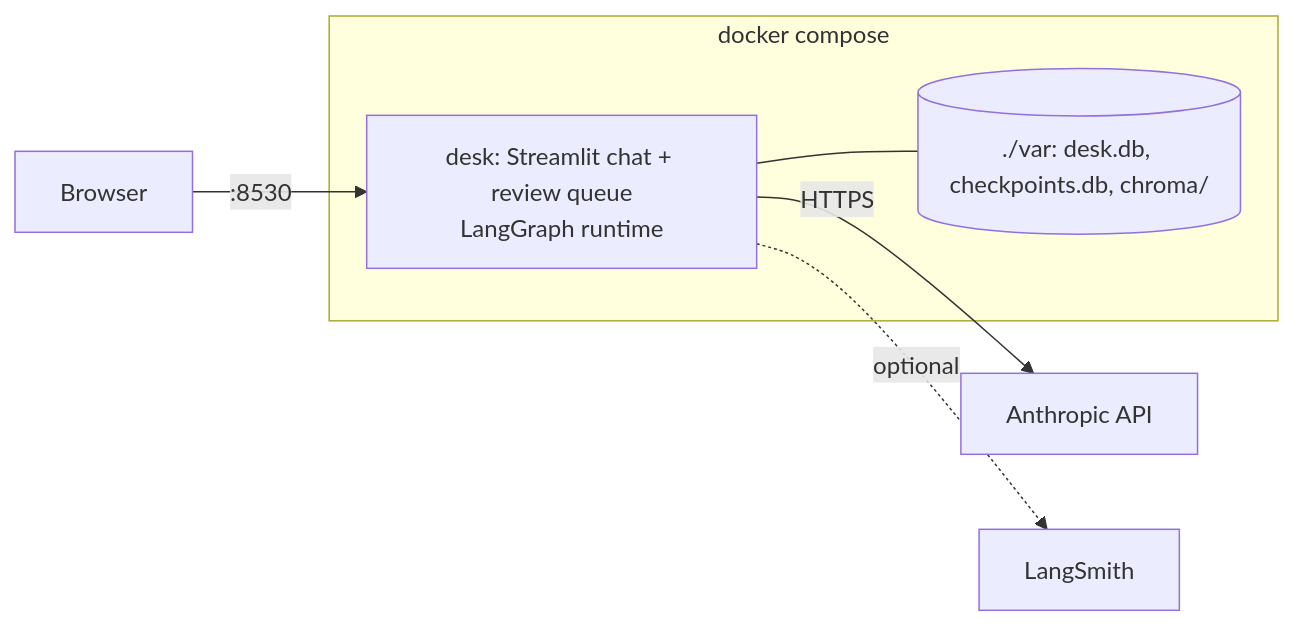
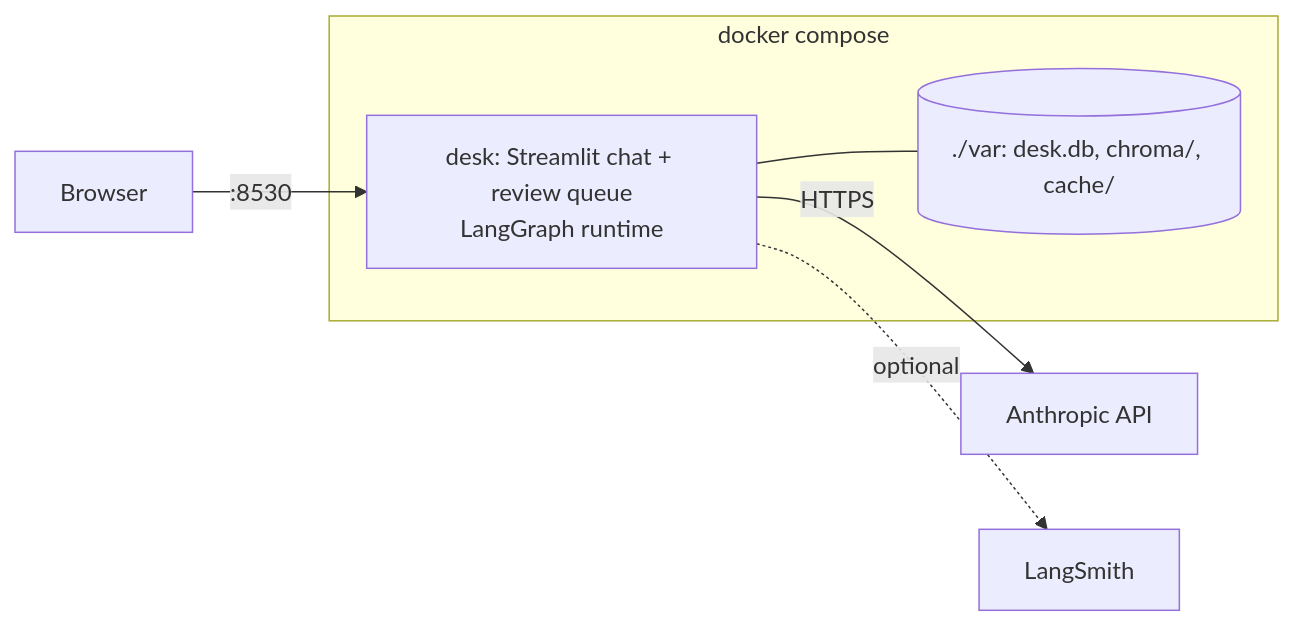
Before and after one commit to debudash/SPRServicingAgent: the eighth of 8 diagrams in docs/ARCHITECTURE.md, drawn with Mermaid. The commit also changed other lines of this file, not shown here.

First line of the commit message:
ARCHITECTURE.md: fix the two diagrams that did not render, and match the flows to the code

````diff
--- a/docs/ARCHITECTURE.md
+++ b/docs/ARCHITECTURE.md
@@ -371,11 +382,11 @@
 ```mermaid
 flowchart LR
     BR[Browser] -- :8530 --> DESK
     subgraph compose[docker compose]
         DESK[desk: Streamlit chat + review queue<br/>LangGraph runtime]
-        VOL[(./var: desk.db, checkpoints.db, chroma/)]
+        VOL[(./var: desk.db, chroma/, cache/)]
         DESK --- VOL
     end
     DESK -- HTTPS --> ANT[Anthropic API]
     DESK -. optional .-> LSM[LangSmith]
 ```
````
